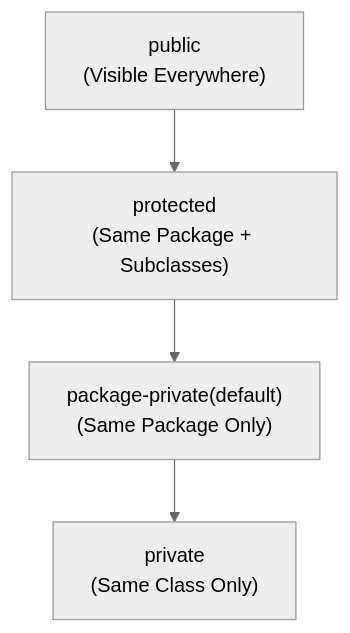
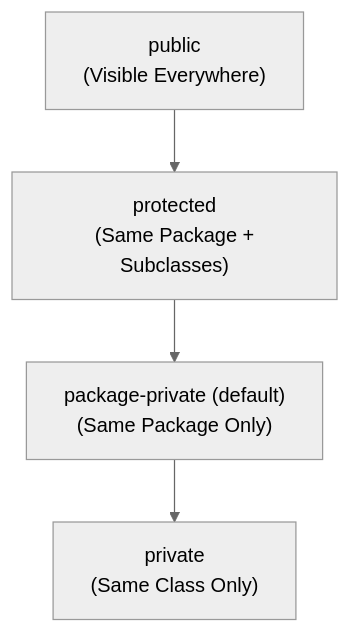
One commit to pploc/swe-icon-the-moment changed the diagram in content/questions/language/java/java-access-modifiers-encapsulation.md. Above: the diagram before and after it, drawn with Mermaid (neutral theme). The commit also changed 95 other files, not shown here.

Commit message:
fix: update the practice mode diagram bug not display

````diff
--- a/content/questions/language/java/java-access-modifiers-encapsulation.md
+++ b/content/questions/language/java/java-access-modifiers-encapsulation.md
@@ -19,9 +19,10 @@
 ```mermaid
 flowchart TD
-    Public["public\n(Visible Everywhere)"] --> Protected["protected\n(Same Package + Subclasses)"]
-    Protected --> Default["package-private(default)\n(Same Package Only)"]
-    Default --> Private["private\n(Same Class Only)"]
+    Public["public\n (Visible Everywhere)"] --> Protected["protected\n (Same Package + Subclasses)"]
+    Protected --> Default["package-private (default)\n (Same Package Only)"]
+    Default --> Private["private\n (Same Class Only)"]
+
 
 
 
 ```
````
